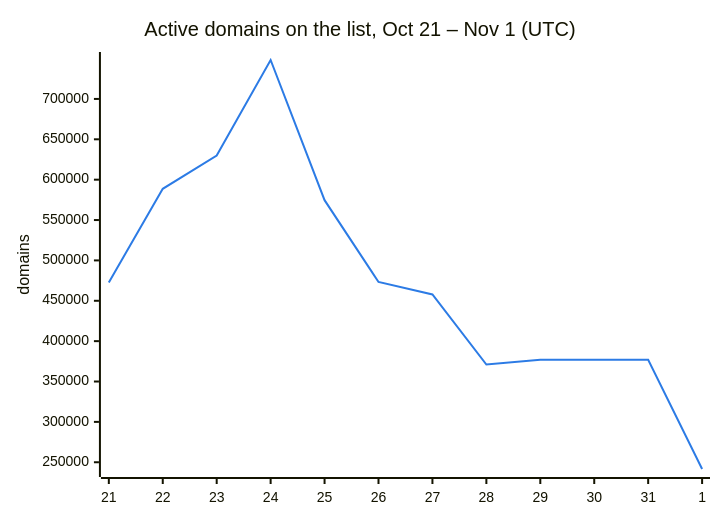
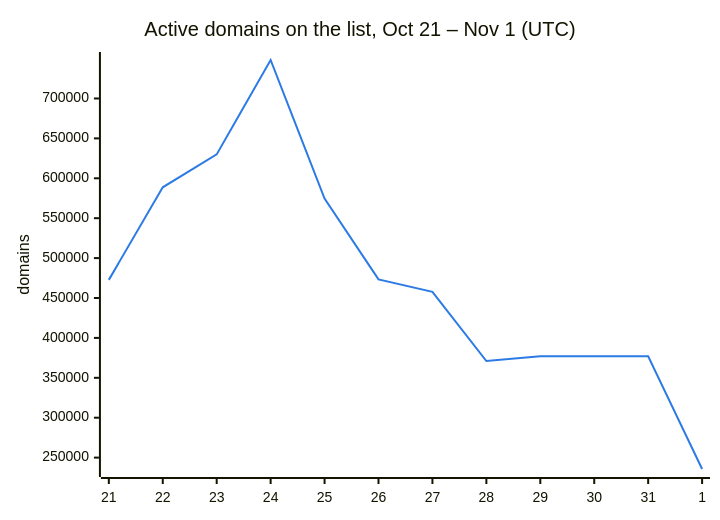
Before and after one commit to DNSBunker/CTI: the second of 3 diagrams in README.md, drawn with Mermaid. The commit also changed other lines of this file and 3 other files, not shown here.

````diff
--- a/README.md
+++ b/README.md
@@ -38,8 +38,8 @@
 ```mermaid
 %%{init: {"themeVariables": {"xyChart": {"plotColorPalette": "#2c7be5"}}}}%%
 xychart-beta
     title "Active domains on the list, Oct 21 – Nov 1 (UTC)"
     x-axis ["21", "22", "23", "24", "25", "26", "27", "28", "29", "30", "31", "1"]
     y-axis "domains"
-    line [472713, 588659, 629951, 748222, 574614, 473331, 457795, 371010, 376945, 376945, 376945, 241642]
+    line [472713, 588659, 629951, 748222, 574614, 473331, 457795, 371010, 376945, 376945, 376945, 235730]
 ```
````
